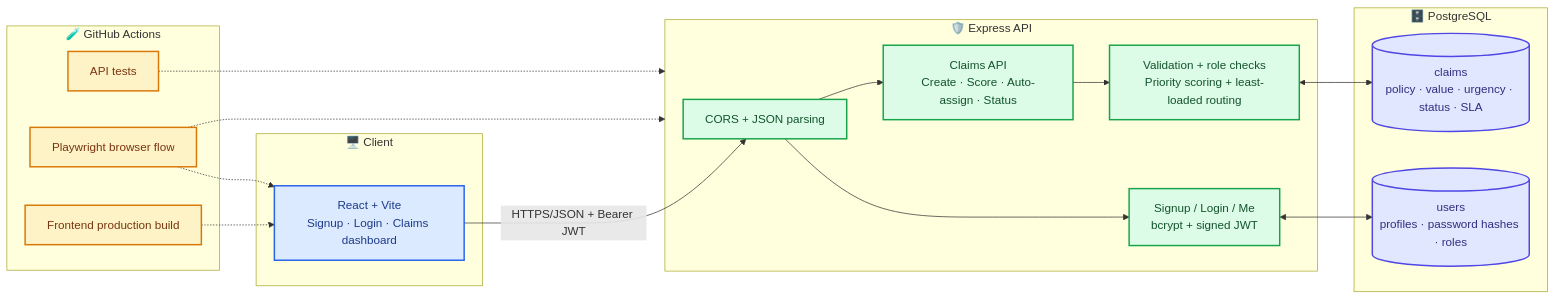
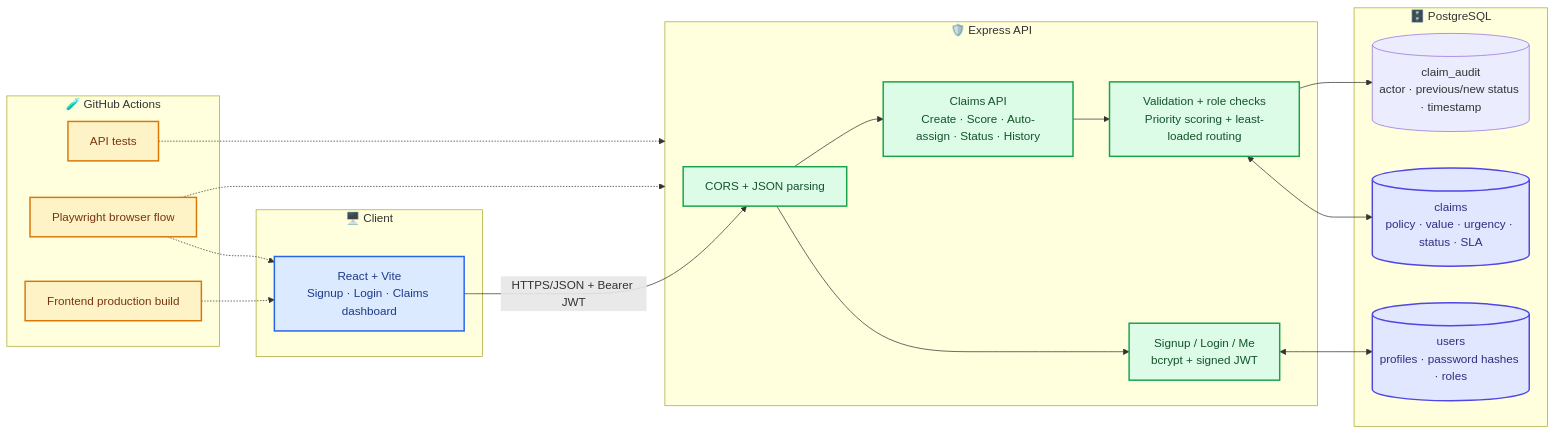
One commit to Neemasree/CLAIMSYNC changed the first of 2 diagrams in README.md. Above: the diagram before and after it, drawn with Mermaid. The commit also changed other lines of this file, not shown here.

Commit message:
docs: document claim audit history

````diff
--- a/README.md
+++ b/README.md
@@ -84,44 +86,46 @@
 ```mermaid
 flowchart LR
   subgraph CLIENT["🖥️ Client"]
     UI["React + Vite<br/>Signup · Login · Claims dashboard"]
   end
 
   subgraph SERVER["🛡️ Express API"]
     CORS["CORS + JSON parsing"]
     AUTH["Signup / Login / Me<br/>bcrypt + signed JWT"]
-    CLAIMS["Claims API<br/>Create · Score · Auto-assign · Status"]
+    CLAIMS["Claims API<br/>Create · Score · Auto-assign · Status · History"]
     RULES["Validation + role checks<br/>Priority scoring + least-loaded routing"]
   end
 
   subgraph DATA["🗄️ PostgreSQL"]
     USERS[("users<br/>profiles · password hashes · roles")]
     CLAIMDB[("claims<br/>policy · value · urgency · status · SLA")]
+    AUDIT[("claim_audit<br/>actor · previous/new status · timestamp")]
   end
 
   subgraph QUALITY["🧪 GitHub Actions"]
     API_TEST["API tests"]
     E2E["Playwright browser flow"]
     BUILD["Frontend production build"]
   end
 
   UI -->|"HTTPS/JSON + Bearer JWT"| CORS
   CORS --> AUTH
   CORS --> CLAIMS
   CLAIMS --> RULES
   AUTH <--> USERS
   RULES <--> CLAIMDB
+  RULES --> AUDIT
   API_TEST -.-> SERVER
   E2E -.-> UI
   E2E -.-> SERVER
   BUILD -.-> UI
 
   classDef client fill:#DBEAFE,stroke:#2563EB,color:#1E3A8A,stroke-width:2px
   classDef api fill:#DCFCE7,stroke:#16A34A,color:#14532D,stroke-width:2px
   classDef data fill:#E0E7FF,stroke:#4F46E5,color:#312E81,stroke-width:2px
   classDef quality fill:#FEF3C7,stroke:#D97706,color:#78350F,stroke-width:2px
   class UI client
   class CORS,AUTH,CLAIMS,RULES api
   class USERS,CLAIMDB data
   class API_TEST,E2E,BUILD quality
 ```
````
